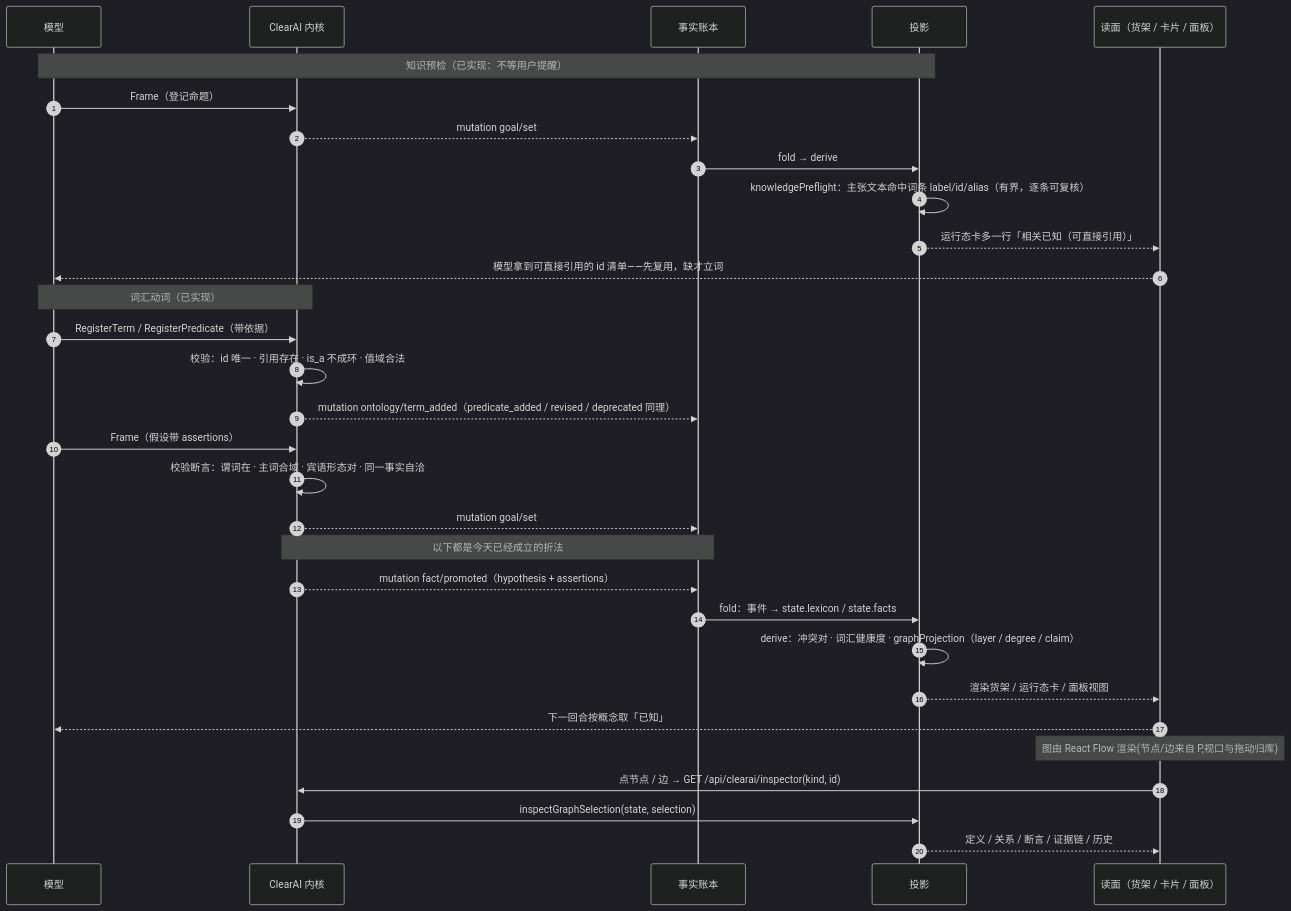
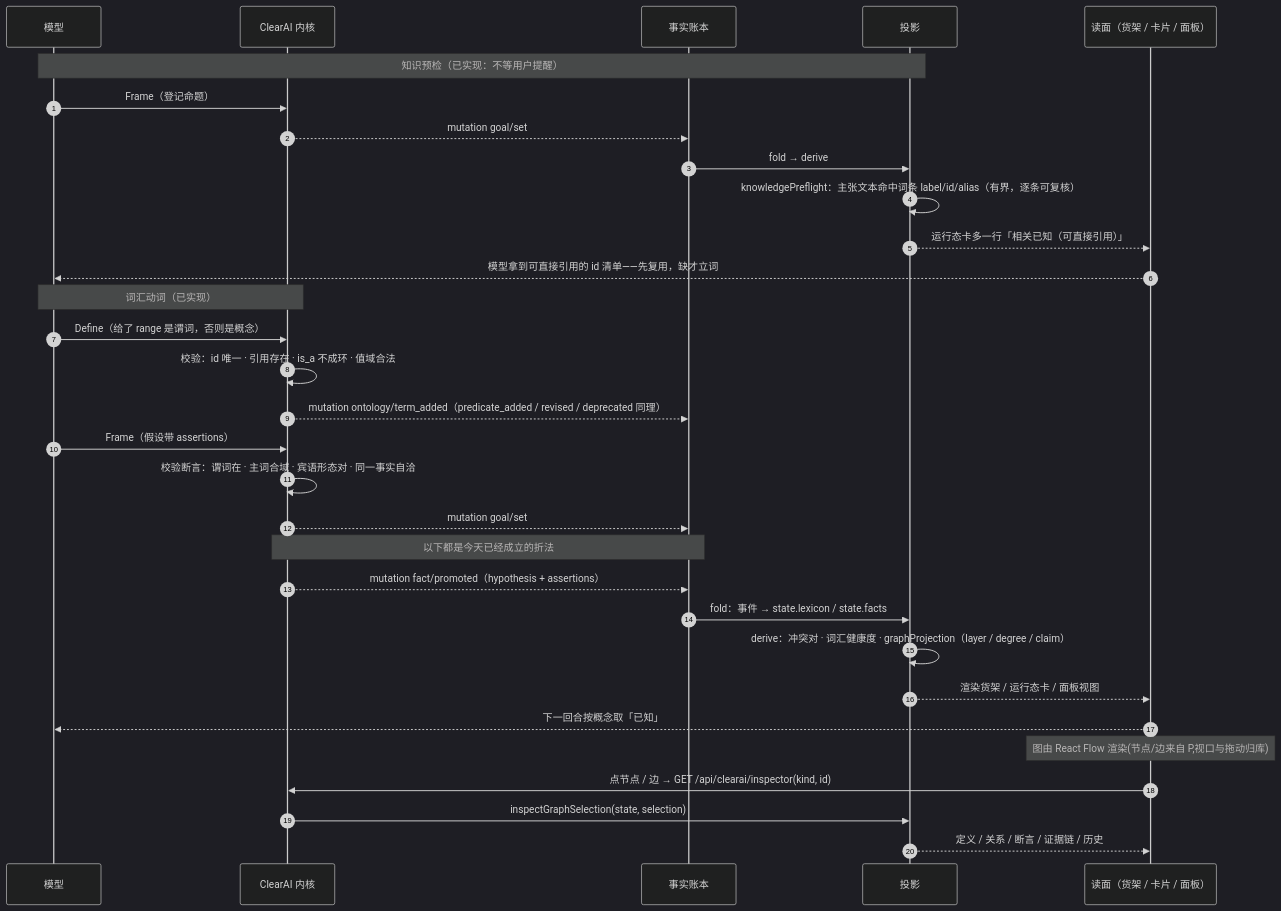
The sixth of 8 diagrams in docs/optimization/timing-diagrams.zh-CN.md (Clearailhc/clearai-dsh), drawn with Mermaid (dark theme) before and after one commit. The commit also changed other lines of this file and 31 other files, not shown here.

````diff
--- a/docs/optimization/timing-diagrams.zh-CN.md
+++ b/docs/optimization/timing-diagrams.zh-CN.md
@@ -219,35 +219,35 @@
 ```mermaid
 sequenceDiagram
     autonumber
     participant M as 模型
     participant K as ClearAI 内核
     participant L as 事实账本
     participant P as 投影
     participant G as 读面（货架 / 卡片 / 面板）
 
     Note over M,P: 知识预检（已实现：不等用户提醒）
     M->>K: Frame（登记命题）
     K-->>L: mutation goal/set
     L->>P: fold → derive
     P->>P: knowledgePreflight：主张文本命中词条 label/id/alias（有界，逐条可复核）
     P-->>G: 运行态卡多一行「相关已知（可直接引用）」
     G-->>M: 模型拿到可直接引用的 id 清单——先复用，缺才立词
 
     Note over M,K: 词汇动词（已实现）
-    M->>K: RegisterTerm / RegisterPredicate（带依据）
+    M->>K: Define（给了 range 是谓词，否则是概念）
     K->>K: 校验：id 唯一 · 引用存在 · is_a 不成环 · 值域合法
     K-->>L: mutation ontology/term_added（predicate_added / revised / deprecated 同理）
     M->>K: Frame（假设带 assertions）
     K->>K: 校验断言：谓词在 · 主词合域 · 宾语形态对 · 同一事实自洽
     K-->>L: mutation goal/set
     Note over K,L: 以下都是今天已经成立的折法
     K-->>L: mutation fact/promoted（hypothesis + assertions）
     L->>P: fold：事件 → state.lexicon / state.facts
     P->>P: derive：冲突对 · 词汇健康度 · graphProjection（layer / degree / claim）
     P-->>G: 渲染货架 / 运行态卡 / 面板视图
     G-->>M: 下一回合按概念取「已知」
     Note over G: 图由 React Flow 渲染(节点/边来自 P,视口与拖动归库)
     G->>K: 点节点 / 边 → GET /api/clearai/inspector(kind, id)
     K->>P: inspectGraphSelection(state, selection)
     P-->>G: 定义 / 关系 / 断言 / 证据链 / 历史
 ```
````
